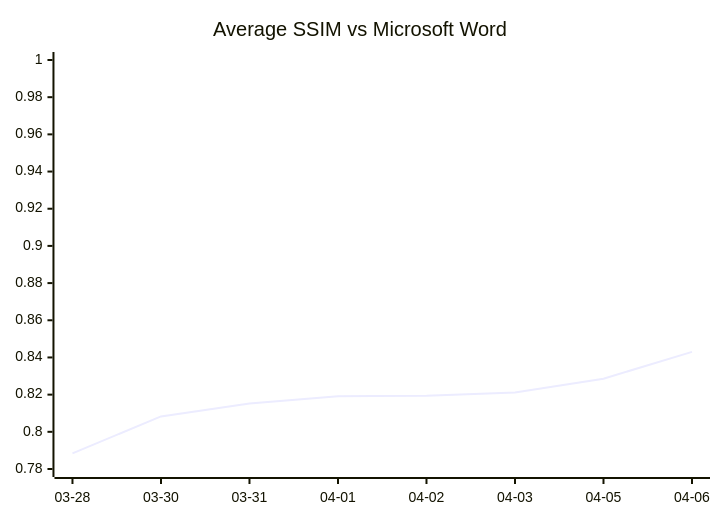
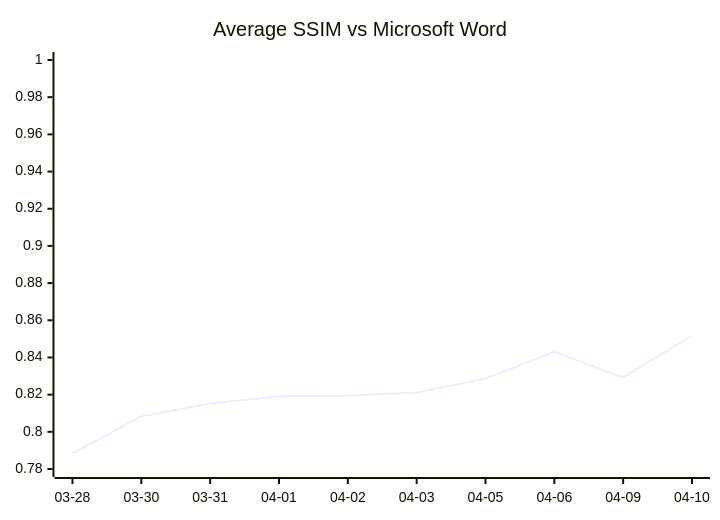
One commit to Ryujiyasu/oxi changed the diagram in README.md. Above: the diagram before and after it, drawn with Mermaid. The commit also changed other lines of this file, not shown here.

Commit message:
docs: update SSIM progress to 0.8518 (176 docs, 344 pages)

````diff
--- a/README.md
+++ b/README.md
@@ -212,7 +212,7 @@
 ```mermaid
 xychart-beta
   title "Average SSIM vs Microsoft Word"
-  x-axis ["03-28", "03-30", "03-31", "04-01", "04-02", "04-03", "04-05", "04-06"]
+  x-axis ["03-28", "03-30", "03-31", "04-01", "04-02", "04-03", "04-05", "04-06", "04-09", "04-10"]
   y-axis 0.78 --> 1.0
-  line [0.7884, 0.8083, 0.8152, 0.8191, 0.8194, 0.8212, 0.8286, 0.8430]
+  line [0.7884, 0.8083, 0.8152, 0.8191, 0.8194, 0.8212, 0.8286, 0.8430, 0.8292, 0.8518]
 ```
````
